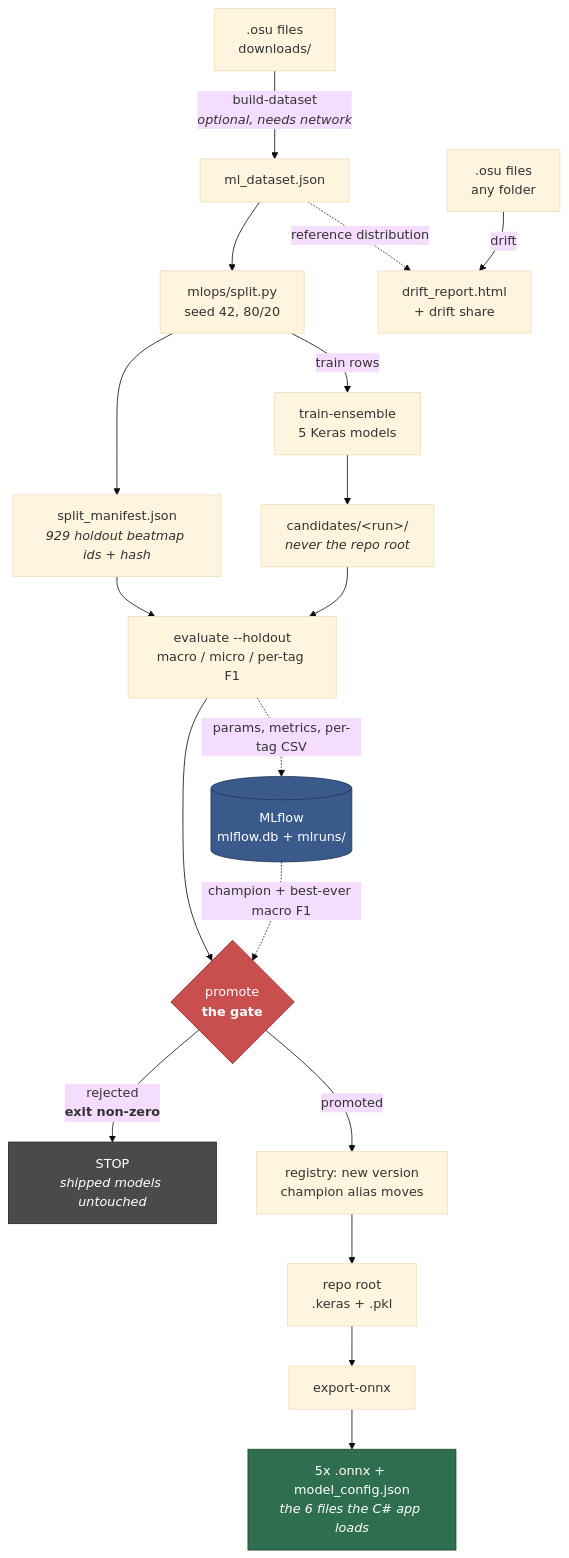
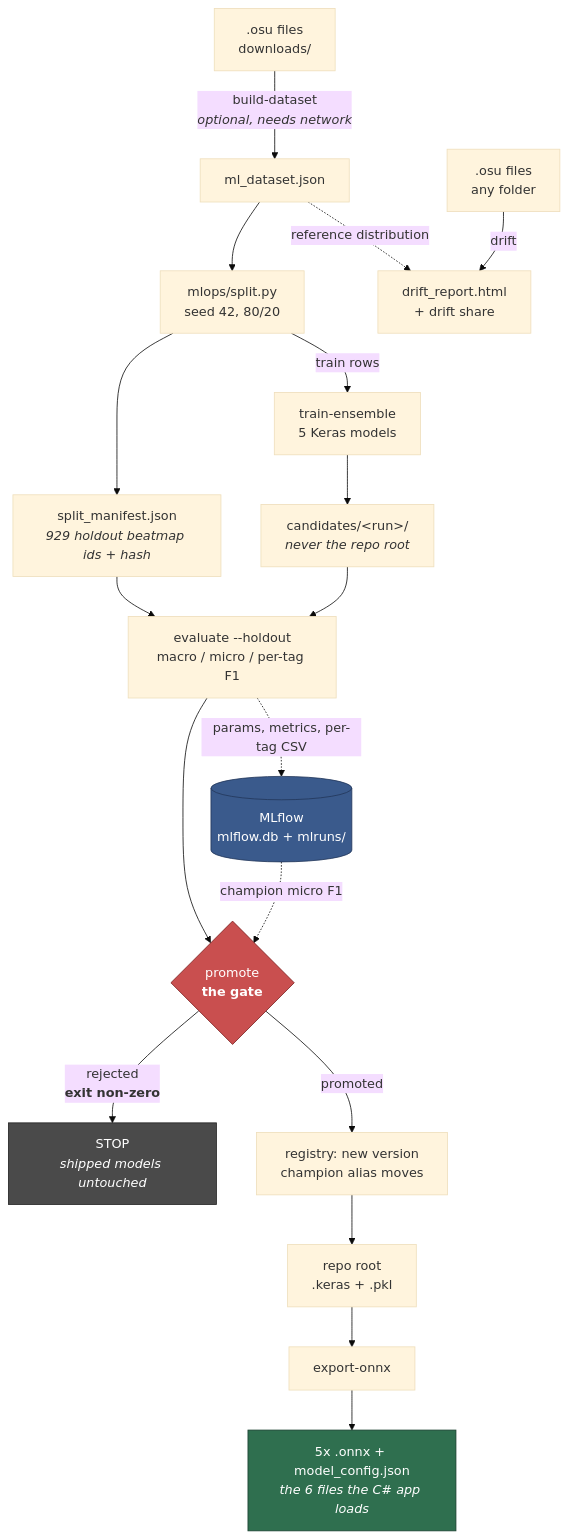
One commit to AliKhairy/osu-beatmap-classifier changed the diagram in README.md. Above: the diagram before and after it, drawn with Mermaid (base theme). The commit also changed 2 other files, not shown here.

First paragraph of the commit message:
Bring the docs and registry in line with the final gate
Section 8 still described the suite as it was before the gate was rebuilt: 37
tests, 16 gate tests, and a "ratchet case" phrased in terms of the
`best_ever - tolerance` rule that no longer exists.

````diff
--- a/README.md
+++ b/README.md
@@ -144,25 +144,25 @@
 ```mermaid
 flowchart TD
     A[".osu files<br/>downloads/"] -->|build-dataset<br/><i>optional, needs network</i>| B["ml_dataset.json"]
     B --> C["mlops/split.py<br/>seed 42, 80/20"]
     C --> D["split_manifest.json<br/><i>929 holdout beatmap ids + hash</i>"]
     C -->|train rows| E["train-ensemble<br/>5 Keras models"]
     E --> F["candidates/&lt;run&gt;/<br/><i>never the repo root</i>"]
     F --> G["evaluate --holdout<br/>macro / micro / per-tag F1"]
     D --> G
     G --> H{"promote<br/><b>the gate</b>"}
-    I[("MLflow<br/>mlflow.db + mlruns/")] -.->|champion + best-ever macro F1| H
+    I[("MLflow<br/>mlflow.db + mlruns/")] -.->|champion micro F1| H
     G -.->|params, metrics, per-tag CSV| I
     H -->|"rejected<br/><b>exit non-zero</b>"| X["STOP<br/><i>shipped models untouched</i>"]
     H -->|promoted| J["registry: new version<br/>champion alias moves"]
     J --> K["repo root<br/>.keras + .pkl"]
     K --> L["export-onnx"]
     L --> M["5x .onnx + model_config.json<br/><i>the 6 files the C# app loads</i>"]
     N[".osu files<br/>any folder"] -->|drift| O["drift_report.html<br/>+ drift share"]
     B -.->|reference distribution| O
 
     style H fill:#c94f4f,stroke:#7a2020,color:#fff
     style X fill:#4a4a4a,stroke:#222,color:#fff
     style M fill:#2f6f4f,stroke:#1b4030,color:#fff
     style I fill:#3a5a8c,stroke:#22375a,color:#fff
 ```
````
